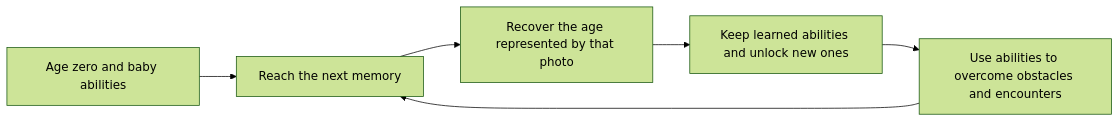
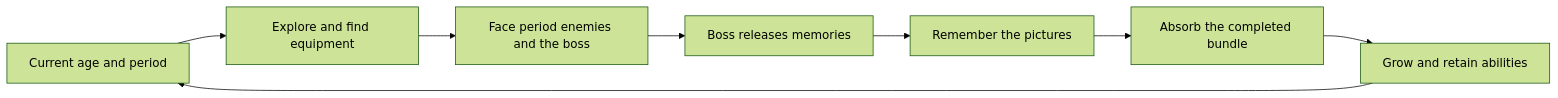
One commit to thaynes43/haynes-quest changed the diagram in docs/designs/006-memory-age-and-abilities.md. Above: the diagram before and after it, drawn with Mermaid (forest theme). The commit also changed other lines of this file and 24 other files, not shown here.

````diff
--- a/docs/designs/006-memory-age-and-abilities.md
+++ b/docs/designs/006-memory-age-and-abilities.md
@@ -13,8 +13,10 @@
 ```mermaid
 flowchart LR
-    A[Age zero and baby abilities] --> B[Reach the next memory]
-    B --> C[Recover the age represented by that photo]
-    C --> D[Keep learned abilities and unlock new ones]
-    D --> E[Use abilities to overcome obstacles and encounters]
-    E --> B
+    A[Current age and period] --> B[Explore and find equipment]
+    B --> C[Face period enemies and the boss]
+    C --> D[Boss releases memories]
+    D --> E[Remember the pictures]
+    E --> F[Absorb the completed bundle]
+    F --> G[Grow and retain abilities]
+    G --> A
 ```
````
